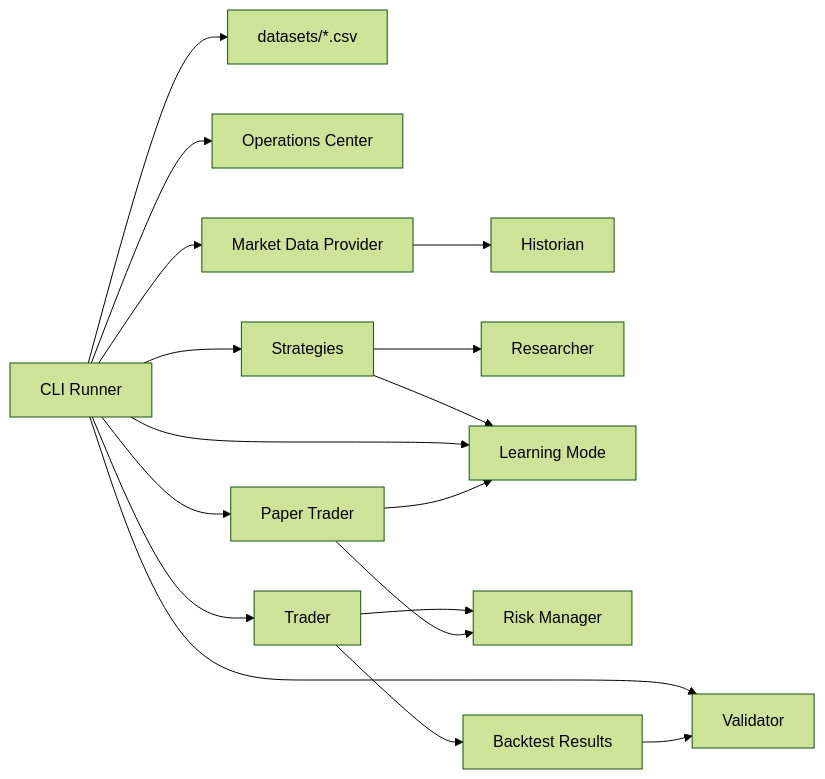
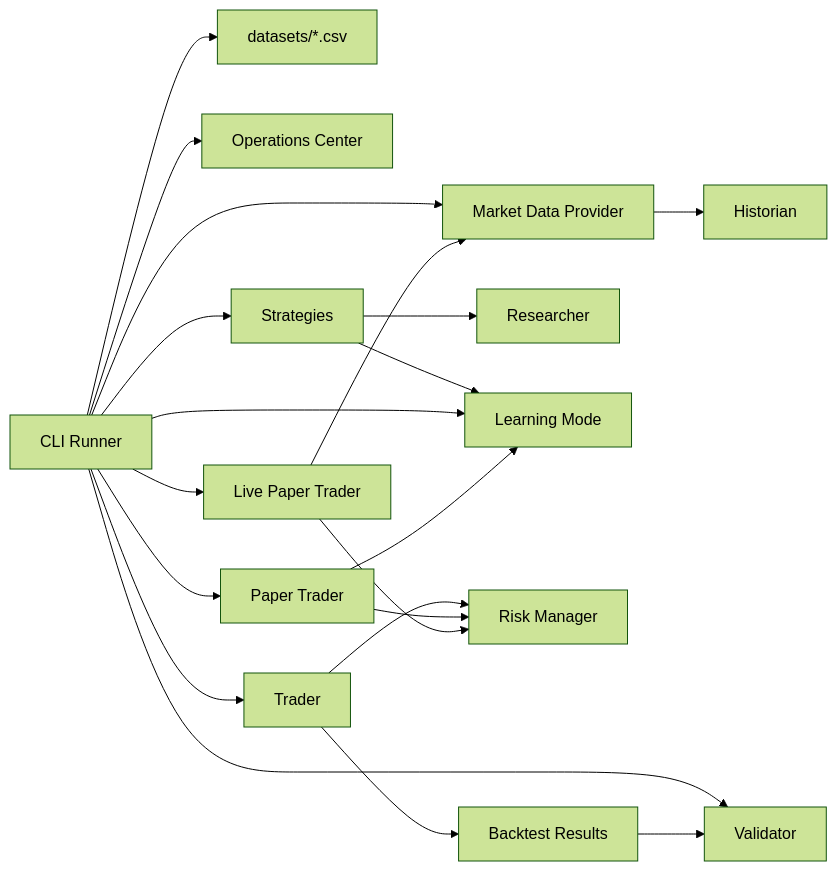
One commit to lumenXV/PTB-1 changed the diagram in ARCHITECTURE.md. Above: the diagram before and after it, drawn with Mermaid (forest theme). The commit also changed other lines of this file and 7 other files, not shown here.

Commit message:
Add fake-money live paper mode

````diff
--- a/ARCHITECTURE.md
+++ b/ARCHITECTURE.md
@@ -15,19 +15,22 @@
 ```mermaid
 flowchart LR
     CLI["CLI Runner"] --> DatasetFiles["datasets/*.csv"]
     CLI --> Operations["Operations Center"]
     CLI --> MarketData["Market Data Provider"]
     MarketData --> Historian["Historian"]
     CLI --> Strategies["Strategies"]
     Strategies --> Researcher["Researcher"]
     Strategies --> Learning["Learning Mode"]
     CLI --> Learning
     CLI --> Trader["Trader"]
     CLI --> Paper["Paper Trader"]
+    CLI --> LivePaper["Live Paper Trader"]
     Trader --> RiskManager["Risk Manager"]
     Paper --> RiskManager
+    LivePaper --> RiskManager
+    LivePaper --> MarketData
     Paper --> Learning
     Trader --> Result["Backtest Results"]
     CLI --> Validator["Validator"]
     Result --> Validator
 ```
````
